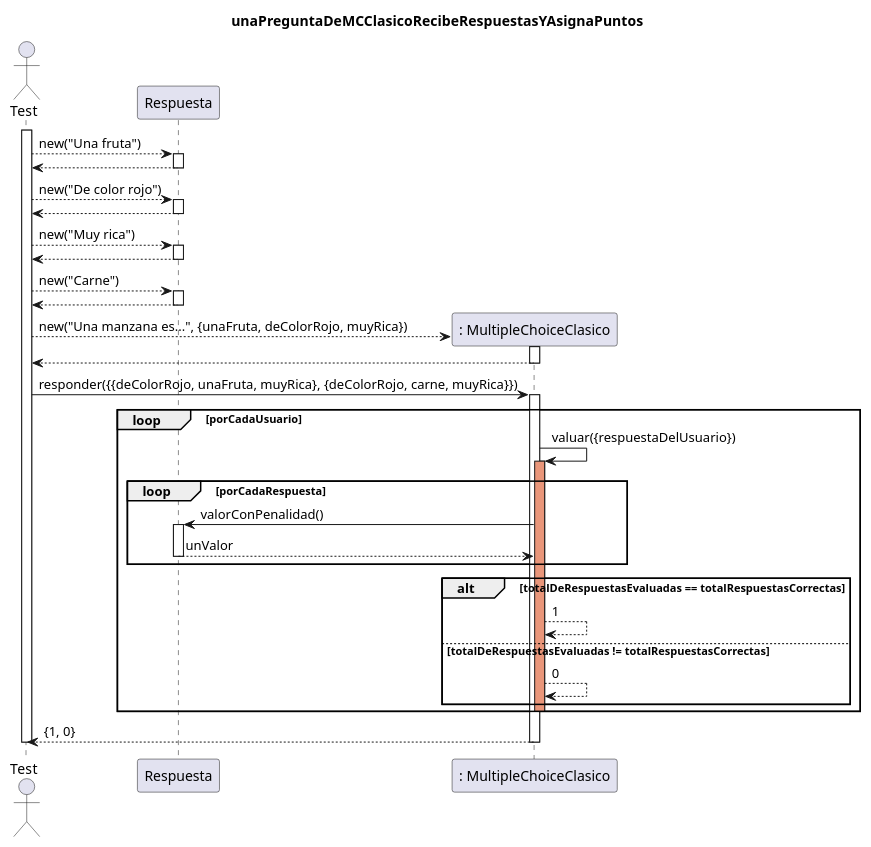
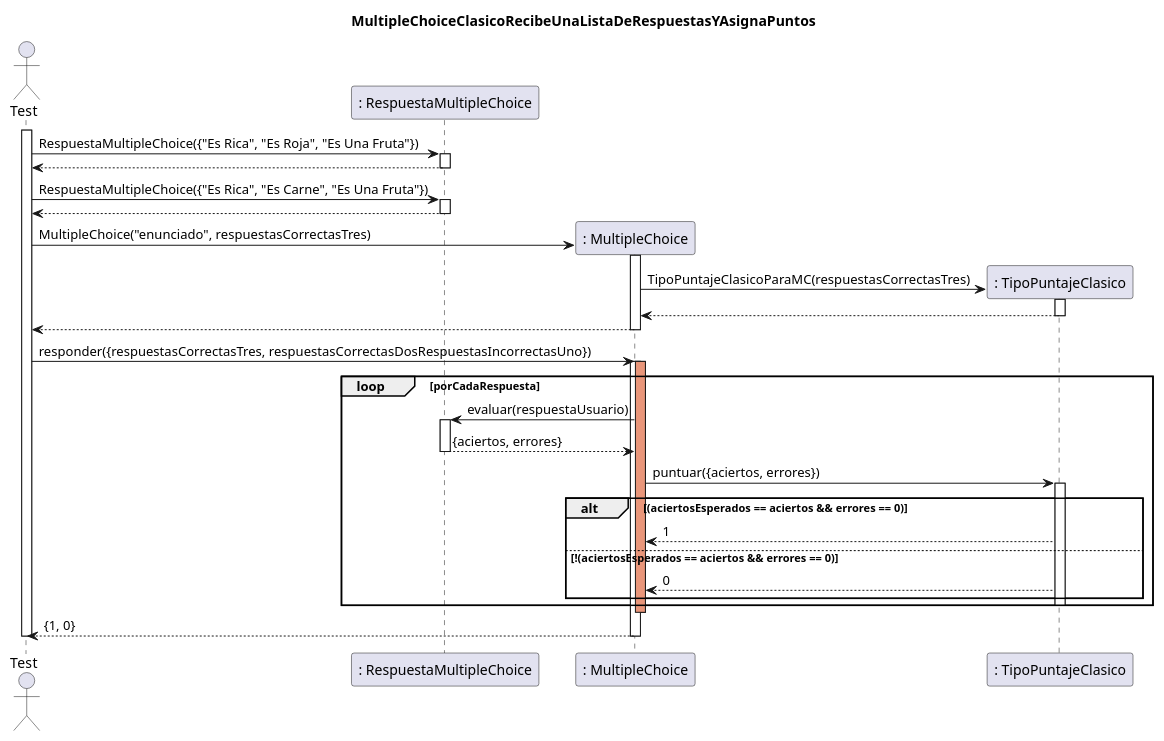
One commit to gcc-cdimatteo/Algoritmos-y-Programacion-III-75.07 changed the diagram in Documentacion/DS_03.puml. Above: the diagram before and after it, drawn with PlantUML. The commit also changed 6 other files, not shown here.

Commit message:
actualizo diagramas

```diff
--- a/Documentacion/DS_03.puml
+++ b/Documentacion/DS_03.puml
@@ -1,62 +1,57 @@
 @startuml
 skinparam classAttributeIconSize 0
 
-title unaPreguntaDeMCClasicoRecibeRespuestasYAsignaPuntos
+title MultipleChoiceClasicoRecibeUnaListaDeRespuestasYAsignaPuntos
 
 actor Test
-participant "Respuesta" as respuesta
-participant ": MultipleChoiceClasico" as preguntaMC
+participant ": RespuestaMultipleChoice" as respuesta
+participant ": MultipleChoice" as preguntaMC
+participant ": TipoPuntajeClasico" as puntaje
 
 activate Test
 
-    Test --> respuesta: new("Una fruta")
+    Test -> respuesta: RespuestaMultipleChoice({"Es Rica", "Es Roja", "Es Una Fruta"})
     activate respuesta
-        respuesta --> Test
+        respuesta --> Test: 
     deactivate respuesta
-
-    Test --> respuesta: new("De color rojo")
+    Test -> respuesta: RespuestaMultipleChoice({"Es Rica", "Es Carne", "Es Una Fruta"})
     activate respuesta
-        respuesta --> Test
-    deactivate respuesta
-
-    Test --> respuesta: new("Muy rica")
-    activate respuesta
-        respuesta --> Test
-    deactivate respuesta
-
-    Test --> respuesta: new("Carne")
-    activate respuesta
-        respuesta --> Test
+        respuesta --> Test: 
     deactivate respuesta
 
     create preguntaMC
-    Test --> preguntaMC: new("Una manzana es...", {unaFruta, deColorRojo, muyRica})
+    Test -> preguntaMC: MultipleChoice("enunciado", respuestasCorrectasTres)
     activate preguntaMC
+        create puntaje
+        preguntaMC -> puntaje: TipoPuntajeClasicoParaMC(respuestasCorrectasTres)
+        activate puntaje 
+            puntaje --> preguntaMC
+        deactivate puntaje
         preguntaMC --> Test
     deactivate preguntaMC
 
-    Test -> preguntaMC: responder({{deColorRojo, unaFruta, muyRica}, {deColorRojo, carne, muyRica}})
+    Test -> preguntaMC: responder({respuestasCorrectasTres, respuestasCorrectasDosRespuestasIncorrectasUno})
     activate preguntaMC
-        loop porCadaUsuario
-            preguntaMC -> preguntaMC: valuar({respuestaDelUsuario})
-            activate preguntaMC #DarkSalmon
-                loop porCadaRespuesta
-                    preguntaMC -> respuesta: valorConPenalidad()
-                    activate respuesta
-                        respuesta --> preguntaMC: unValor
-                    deactivate respuesta
-                end
-                alt totalDeRespuestasEvaluadas == totalRespuestasCorrectas
-                    preguntaMC --> preguntaMC: 1
-                else totalDeRespuestasEvaluadas != totalRespuestasCorrectas
-                    preguntaMC --> preguntaMC: 0
-                end group
-            deactivate preguntaMC
-        end
-        preguntaMC --> Test: {1, 0}
+        activate preguntaMC #DarkSalmon
+            loop porCadaRespuesta
+                preguntaMC -> respuesta: evaluar(respuestaUsuario)
+                activate respuesta
+                    respuesta --> preguntaMC: {aciertos, errores}
+                deactivate respuesta
+                preguntaMC -> puntaje: puntuar({aciertos, errores})
+                activate puntaje 
+                    alt (aciertosEsperados == aciertos && errores == 0)
+                        puntaje --> preguntaMC: 1
+                    else !(aciertosEsperados == aciertos && errores == 0)
+                         puntaje --> preguntaMC: 0
+                    end 
+                deactivate puntaje
+            end         
+    deactivate preguntaMC
+    preguntaMC --> Test: {1, 0}
     deactivate preguntaMC
 
 deactivate Test
 
 
 @enduml
```
